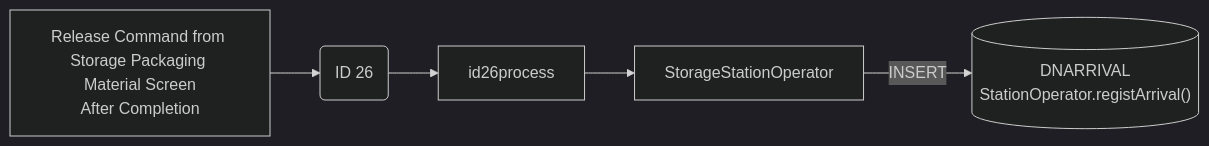
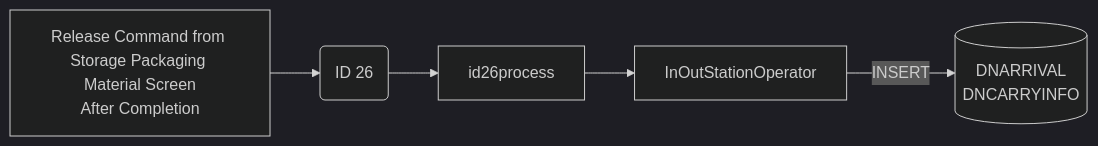
The first of 9 diagrams in Basic-Design/DFD-WMS/Storage/Planned-Storage-Packaging-Material/Storage-Flow-(Packaging-Material).md (luthfiadityaa/SimeDarby-Wiki), drawn with Mermaid (dark theme) before and after one commit. The commit also changed other lines of this file, not shown here.

Commit message:
Updated Storage Flow (Packaging Material)

```diff
--- a/Basic-Design/DFD-WMS/Storage/Planned-Storage-Packaging-Material/Storage-Flow-(Packaging-Material).md
+++ b/Basic-Design/DFD-WMS/Storage/Planned-Storage-Packaging-Material/Storage-Flow-(Packaging-Material).md
@@ -16,22 +21,22 @@
 ::: mermaid
 flowchart LR
 
 releaseCommand["
 Release Command from Storage Packaging Material Screen
 After Completion 
 "]
 
 id26msg("
 ID 26
 ")
 
 id26-insert[("
 DNARRIVAL
-StationOperator.registArrival()
+DNCARRYINFO
 ")]
 
-StorageStationOperator[StorageStationOperator]
+InOutStationOperator[InOutStationOperator]
 
-releaseCommand-->id26msg-->id26process-->StorageStationOperator
-StorageStationOperator--> |INSERT| id26-insert
+releaseCommand-->id26msg-->id26process-->InOutStationOperator
+InOutStationOperator--> |INSERT| id26-insert
 :::
```
